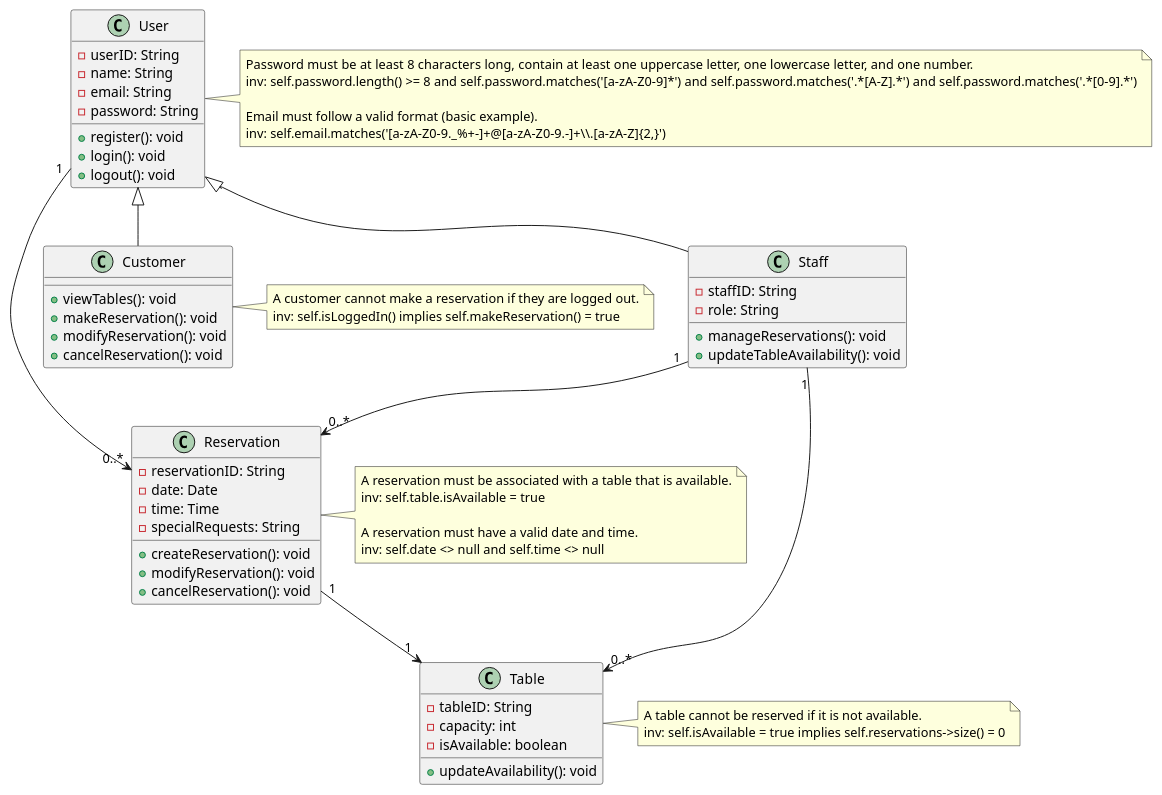
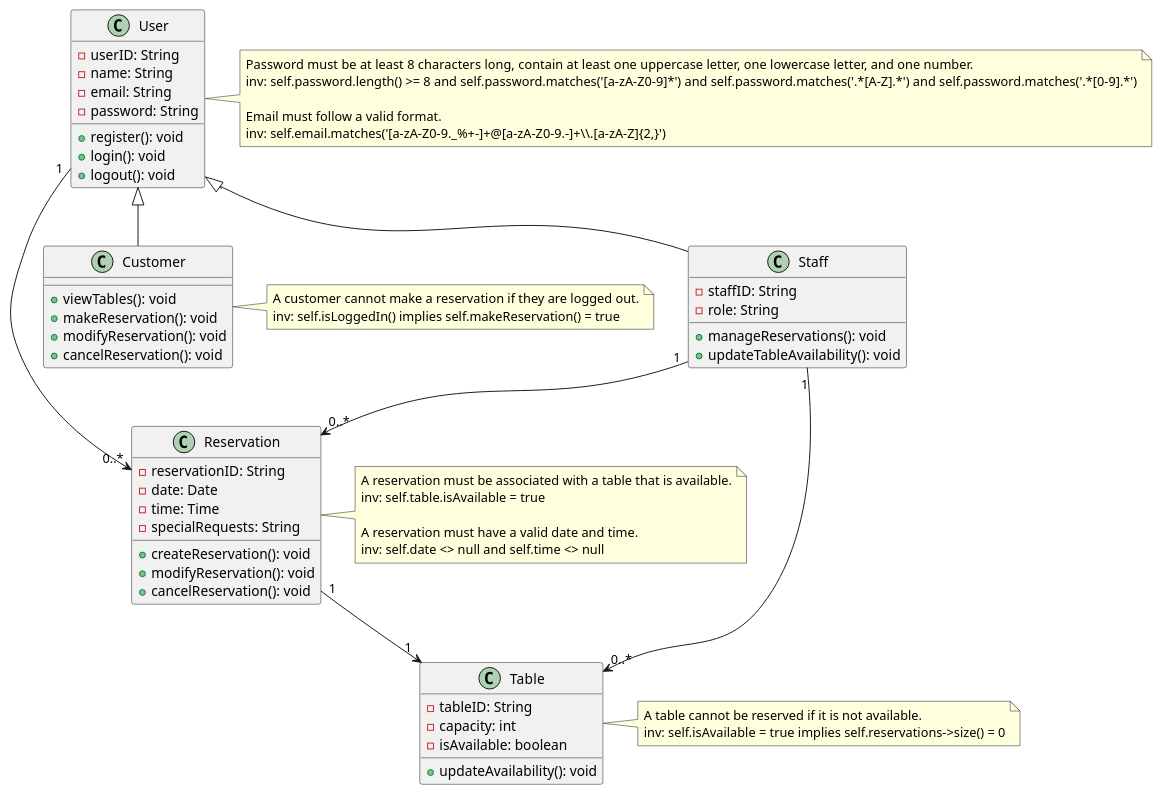
One commit to Basmalamoustafa/Aura-Restaurant-Management-System changed the diagram in RestaurantClassDiagram.puml. Above: the diagram before and after it, drawn with PlantUML.

```diff
--- a/RestaurantClassDiagram.puml
+++ b/RestaurantClassDiagram.puml
@@ -1,74 +1,74 @@
 @startuml
 class User {
     - userID: String
     - name: String
     - email: String
     - password: String
     + register(): void
     + login(): void
     + logout(): void
 }
 
 class Customer extends User {
     + viewTables(): void
     + makeReservation(): void
     + modifyReservation(): void
     + cancelReservation(): void
 }
 
 class Staff extends User {
     - staffID: String
     - role: String
     + manageReservations(): void
     + updateTableAvailability(): void
 }
 
 class Reservation {
     - reservationID: String
     - date: Date
     - time: Time
     - specialRequests: String
     + createReservation(): void
     + modifyReservation(): void
     + cancelReservation(): void
 }
 
 class Table {
     - tableID: String
     - capacity: int
     - isAvailable: boolean
     + updateAvailability(): void
 }
 
 note right of Reservation
         A reservation must be associated with a table that is available.
         inv: self.table.isAvailable = true
 
         A reservation must have a valid date and time.
         inv: self.date <> null and self.time <> null
 end note
 
 note right of Table
         A table cannot be reserved if it is not available.
         inv: self.isAvailable = true implies self.reservations->size() = 0
 end note
 
 note right of Customer
         A customer cannot make a reservation if they are logged out.
         inv: self.isLoggedIn() implies self.makeReservation() = true
 end note
 
 note right of User
         Password must be at least 8 characters long, contain at least one uppercase letter, one lowercase letter, and one number.
         inv: self.password.length() >= 8 and self.password.matches('[a-zA-Z0-9]*') and self.password.matches('.*[A-Z].*') and self.password.matches('.*[0-9].*')
 
-        Email must follow a valid format (basic example).
+        Email must follow a valid format.
         inv: self.email.matches('[a-zA-Z0-9._%+-]+@[a-zA-Z0-9.-]+\\.[a-zA-Z]{2,}')
 end note
 
 User "1" --> "0..*" Reservation
 Reservation "1" --> "1" Table
 
 Staff "1" --> "0..*" Table
 Staff "1" --> "0..*" Reservation
 @enduml
```
